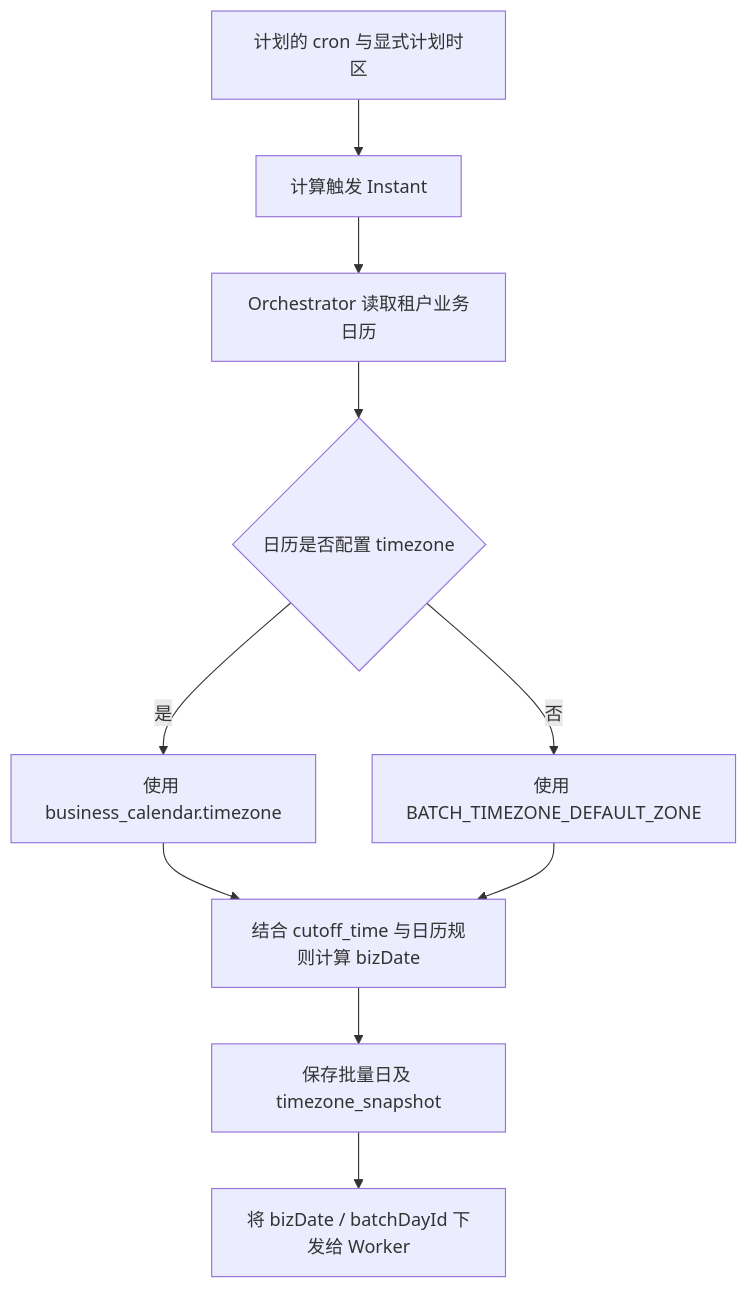
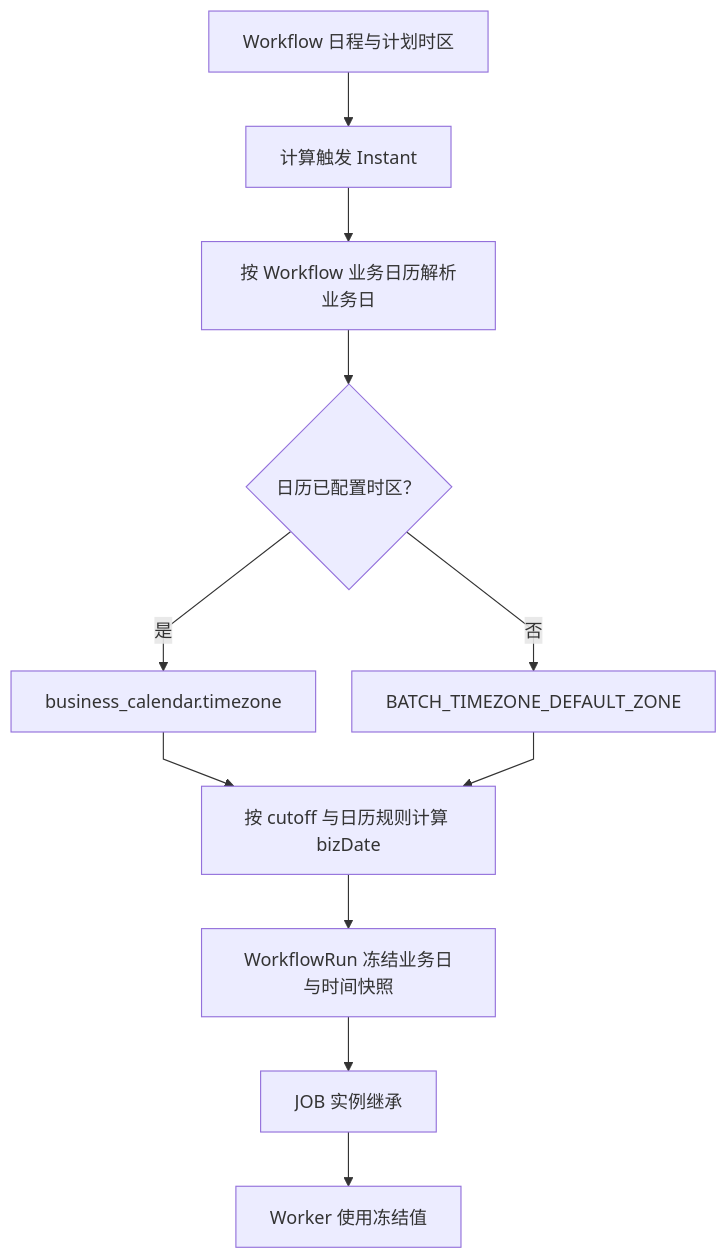
The first of 4 diagrams in docs/design/time-date-semantics.md (pinpols/file-batch-system), drawn with Mermaid before and after one commit. The commit also changed other lines of this file and 5032 other files, not shown here.

````diff
--- a/docs/design/time-date-semantics.md
+++ b/docs/design/time-date-semantics.md
@@ -26,12 +31,14 @@
 ```mermaid
-flowchart TD
-    A[计划的 cron 与显式计划时区] --> B[计算触发 Instant]
-    B --> C[Orchestrator 读取租户业务日历]
-    C --> D{日历是否配置 timezone}
-    D -- 是 --> E[使用 business_calendar.timezone]
-    D -- 否 --> F[使用 BATCH_TIMEZONE_DEFAULT_ZONE]
-    E --> G[结合 cutoff_time 与日历规则计算 bizDate]
-    F --> G
-    G --> H[保存批量日及 timezone_snapshot]
-    H --> I[将 bizDate / batchDayId 下发给 Worker]
+%%{init: {"flowchart":{"curve":"linear","nodeSpacing":32,"rankSpacing":48},"sequence":{"mirrorActors":false}}}%%
+flowchart TB
+  S[Workflow 日程与计划时区] --> I[计算触发 Instant]
+  I --> C[按 Workflow 业务日历解析业务日]
+  C --> Z{日历已配置时区？}
+  Z -->|是| T[business_calendar.timezone]
+  Z -->|否| D[BATCH_TIMEZONE_DEFAULT_ZONE]
+  T --> B[按 cutoff 与日历规则计算 bizDate]
+  D --> B
+  B --> R[WorkflowRun 冻结业务日与时间快照]
+  R --> J[JOB 实例继承]
+  J --> W[Worker 使用冻结值]
 ```
````
